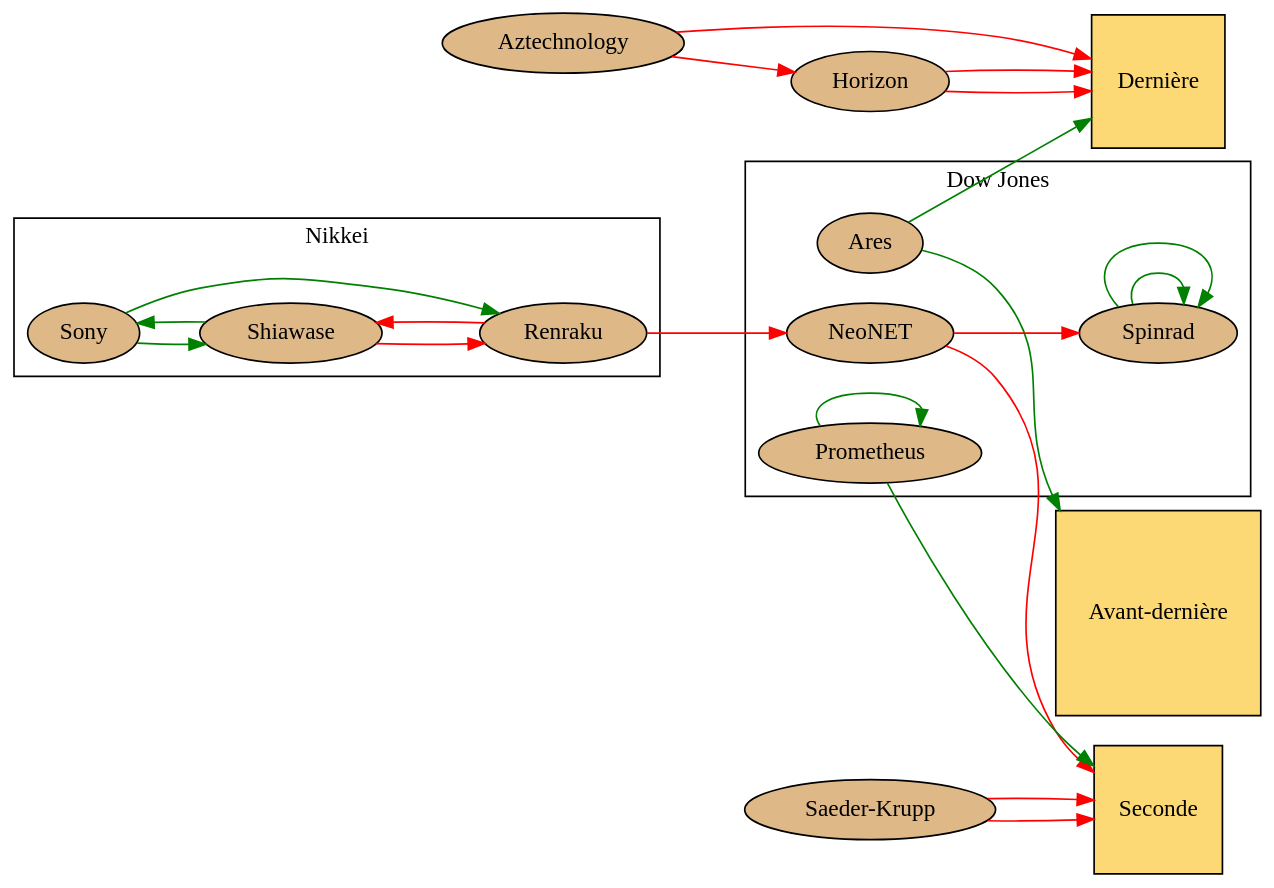
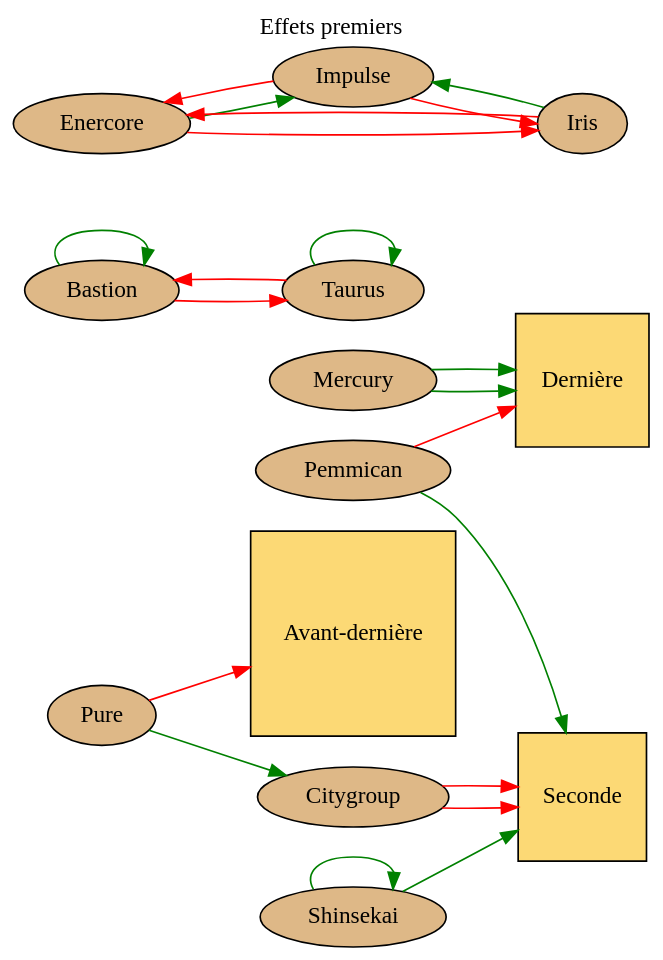
The diagram in data/cities/detroit/graphviz/first.dot (Neamar/corporate), drawn with Graphviz before and after one commit. The commit also changed 1 other file, not shown here.

```diff
--- a/data/cities/detroit/graphviz/first.dot
+++ b/data/cities/detroit/graphviz/first.dot
@@ -1,59 +1,55 @@
 # dot -T svg data/graphviz/first.dot > website/static/graphviz/first.svg
 digraph g{
 	graph [
 			rankdir = "LR"
 			bgcolor=transparent
 	];
+	// title
+	labelloc="t";
+	label="Effets premiers";
 
-	aztechnology [shape=ellipse, fillcolor="burlywood", style="filled", label="Aztechnology"];
-	horizon [shape=ellipse, fillcolor="burlywood", style="filled", label="Horizon"];
-	saederkrupp [shape=ellipse, fillcolor="burlywood", style="filled", label="Saeder-Krupp"];
+	second [shape=square, fillcolor="#FCD975", style="filled", label="Seconde"];
 	avantdernier [shape=square, fillcolor="#FCD975", style="filled", label="Avant-dernière"];
-	second [shape=square, fillcolor="#FCD975", style="filled", label="Seconde"];
 	dernier [shape=square, fillcolor="#FCD975", style="filled", label="Dernière"];
 
-	subgraph cluster_nikkei {
-		label = "Nikkei";
-		sony [shape=ellipse, fillcolor="burlywood", style="filled", label="Sony"];
-		shiawase [shape=ellipse, fillcolor="burlywood",style="filled", label="Shiawase"];
-		renraku [shape=ellipse, fillcolor="burlywood", style="filled", label="Renraku"];
-	}
+	pemmican [shape=ellipse, fillcolor="burlywood", style="filled", label="Pemmican"];
+	bastion [shape=ellipse, fillcolor="burlywood", style="filled", label="Bastion"];
+	citygroup [shape=ellipse, fillcolor="burlywood", style="filled", label="Citygroup"];
+	enercore [shape=ellipse, fillcolor="burlywood", style="filled", label="Enercore"];
+	impulse [shape=ellipse, fillcolor="burlywood", style="filled", label="Impulse"];
+	iris [shape=ellipse, fillcolor="burlywood",style="filled", label="Iris"];
+	mercury [shape=ellipse, fillcolor="burlywood", style="filled", label="Mercury"];
+	pure [shape=ellipse, fillcolor="burlywood", style="filled", label="Pure"];
+	shinsekai [shape=ellipse, fillcolor="burlywood", style="filled", label="Shinsekai"];
+	taurus [shape=ellipse, fillcolor="burlywood", style="filled", label="Taurus"];
 
-	subgraph cluster_dowjones {
-		label = "Dow Jones";
-		ares [shape=ellipse, fillcolor="burlywood", style="filled", label="Ares"];
-		neonet [shape=ellipse, fillcolor="burlywood", style="filled", label="NeoNET"];
-		prometheus [shape=ellipse, fillcolor="burlywood", style="filled", label="Prometheus"];
-		spinrad [shape=ellipse, fillcolor="burlywood", style="filled", label="Spinrad"];
-	}
+	pemmican -> dernier [color="red"];
+	pemmican -> second [color="green"];
 
-	ares -> avantdernier [color="green"];
-	ares -> dernier [color="green"];
+	bastion -> taurus [color="red"];
+	bastion -> bastion [color="green"];
 
-	aztechnology -> horizon [color="red"];
-	aztechnology -> dernier [color="red"];
+	taurus -> taurus [color="green"];
+	taurus -> bastion [color="red"];
 
-	horizon-> dernier [color="red"];
-	horizon-> dernier [color="red"];
+	citygroup-> second [color="red"];
+	citygroup-> second [color="red"];
 
-	neonet -> spinrad [color="red"];
-	neonet -> second [color="red"];
+	shinsekai -> shinsekai [color="green"];
+	shinsekai -> second [color="green"];
 
-	prometheus -> prometheus [color="green"];
-	prometheus -> second [color="green"];
+	enercore -> iris [color="red"];
+	enercore -> impulse [color="green"];
 
-	renraku -> neonet [color="red"];
-	renraku -> shiawase [color="red"];
+	impulse -> enercore [color="red"];
+	impulse -> iris [color="red"];
 
-	saederkrupp -> second [color="red"];
-	saederkrupp -> second [color="red"];
+	iris -> enercore [color="red"];
+	iris -> impulse [color="green"];
 
-	shiawase -> renraku [color="red"];
-	shiawase -> sony [color="green"];
+	mercury -> dernier [color="green"];
+	mercury -> dernier [color="green"];
 
-	sony -> renraku [color="green"];
-	sony -> shiawase [color="green"];
-
-	spinrad -> spinrad [color="green"];
-	spinrad -> spinrad [color="green"];
+	pure -> avantdernier [color="red"];
+	pure -> citygroup [color="green"];
 }
```
